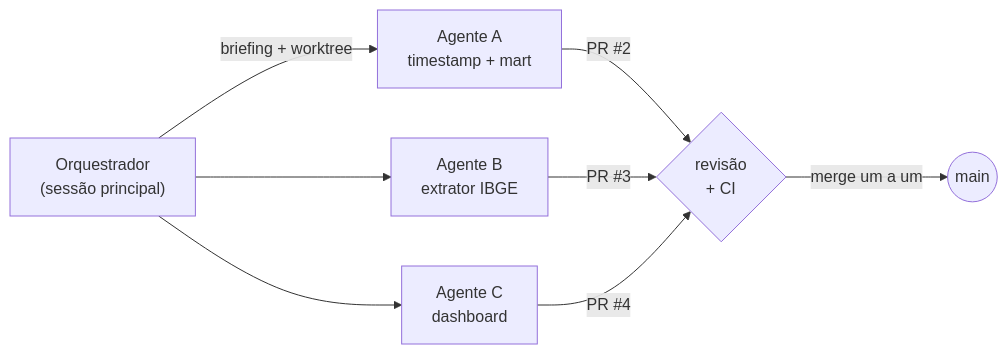
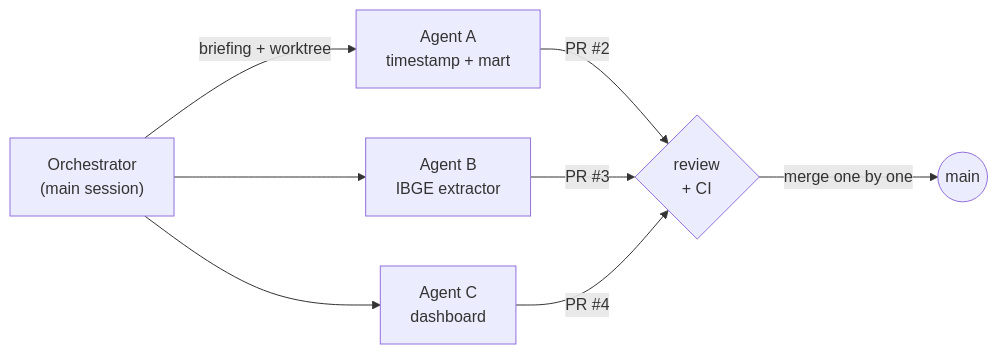
Before and after one commit to Jones51/indicadores-br: the third of 3 diagrams in README.md, drawn with Mermaid. The commit also changed other lines of this file and 3 other files, not shown here.

````diff
--- a/README.md
+++ b/README.md
@@ -333,10 +340,10 @@
 ```mermaid
 flowchart LR
-    orq["Orquestrador<br/>(sessão principal)"] -->|briefing + worktree| A["Agente A<br/>timestamp + mart"]
-    orq --> B["Agente B<br/>extrator IBGE"]
-    orq --> C["Agente C<br/>dashboard"]
-    A -->|PR #2| rev{"revisão<br/>+ CI"}
+    orq["Orchestrator<br/>(main session)"] -->|briefing + worktree| A["Agent A<br/>timestamp + mart"]
+    orq --> B["Agent B<br/>IBGE extractor"]
+    orq --> C["Agent C<br/>dashboard"]
+    A -->|PR #2| rev{"review<br/>+ CI"}
     B -->|PR #3| rev
     C -->|PR #4| rev
-    rev -->|merge um a um| main(("main"))
+    rev -->|merge one by one| main(("main"))
 ```
````
